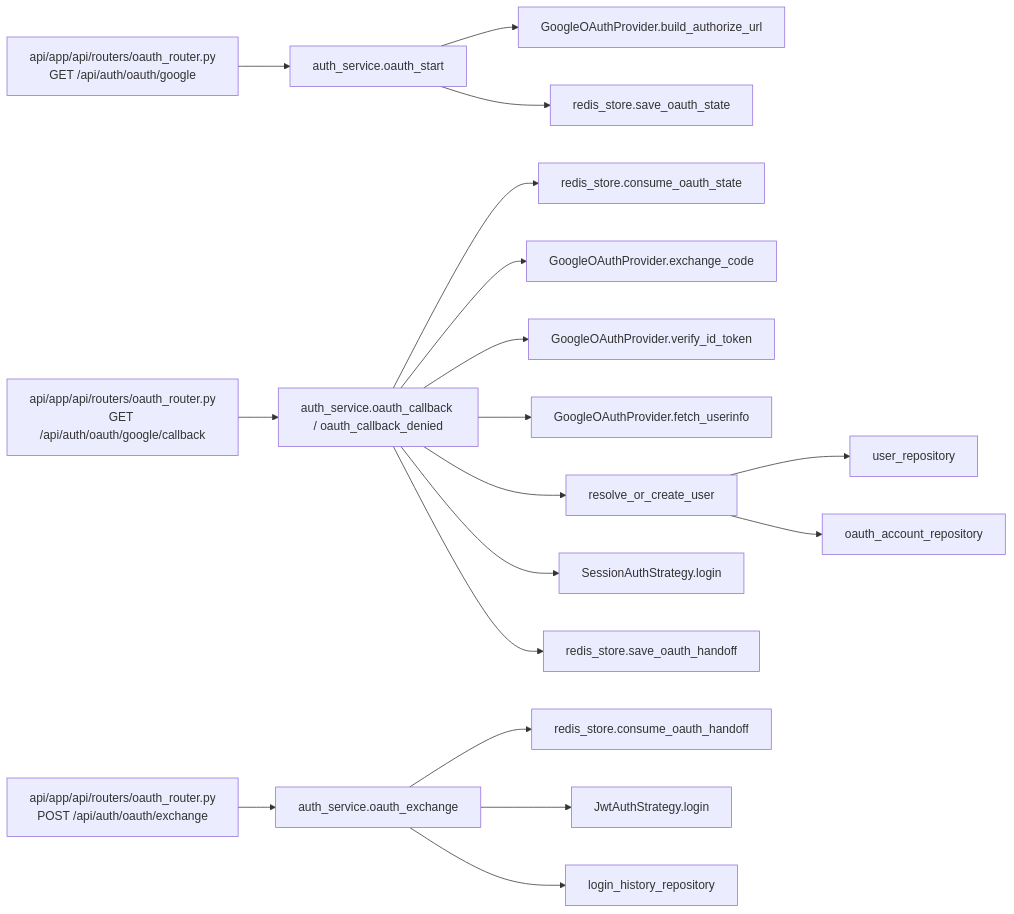
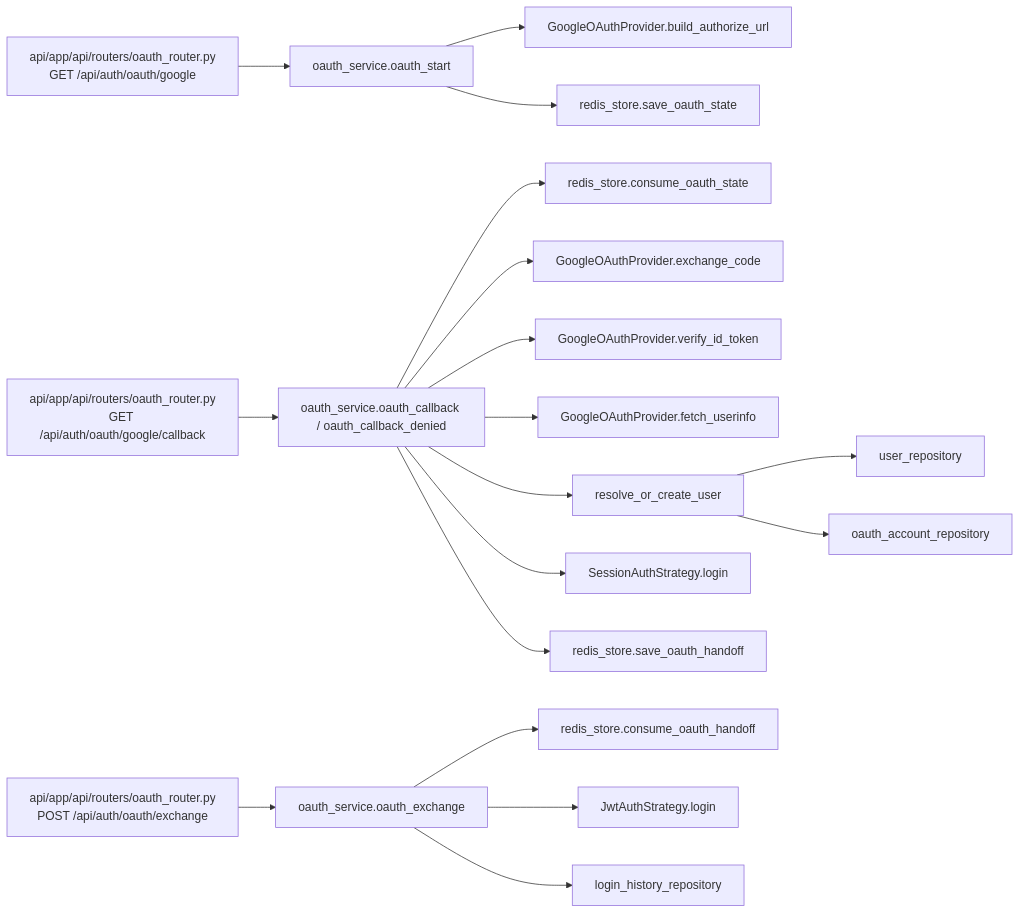
Before and after one commit to oikawa-d/task_management: the fifth of 5 diagrams in docs/detailed_design/auth/04_google_oauth.md, drawn with Mermaid. The commit also changed other lines of this file and 29 other files, not shown here.

````diff
--- a/docs/detailed_design/auth/04_google_oauth.md
+++ b/docs/detailed_design/auth/04_google_oauth.md
@@ -253,23 +253,23 @@
 ```mermaid
 flowchart LR
-    R11["api/app/api/routers/oauth_router.py<br/>GET /api/auth/oauth/google"] --> ASV["auth_service.oauth_start"]
-    R12["api/app/api/routers/oauth_router.py<br/>GET /api/auth/oauth/google/callback"] --> ACB["auth_service.oauth_callback / oauth_callback_denied"]
-    R13["api/app/api/routers/oauth_router.py<br/>POST /api/auth/oauth/exchange"] --> AEX["auth_service.oauth_exchange"]
+    R11["api/app/api/routers/oauth_router.py<br/>GET /api/auth/oauth/google"] --> ASV["oauth_service.oauth_start"]
+    R12["api/app/api/routers/oauth_router.py<br/>GET /api/auth/oauth/google/callback"] --> ACB["oauth_service.oauth_callback / oauth_callback_denied"]
+    R13["api/app/api/routers/oauth_router.py<br/>POST /api/auth/oauth/exchange"] --> AEX["oauth_service.oauth_exchange"]
 
     ASV --> OAUTH["GoogleOAuthProvider.build_authorize_url"]
     ASV --> RS1["redis_store.save_oauth_state"]
 
     ACB --> RS2["redis_store.consume_oauth_state"]
     ACB --> OAUTH2["GoogleOAuthProvider.exchange_code"]
     ACB --> OAUTH3["GoogleOAuthProvider.verify_id_token"]
     ACB --> OAUTH4["GoogleOAuthProvider.fetch_userinfo"]
     ACB --> RESOLVE["resolve_or_create_user"]
     ACB --> SESS["SessionAuthStrategy.login"]
     ACB --> RS3["redis_store.save_oauth_handoff"]
     RESOLVE --> URP["user_repository"]
     RESOLVE --> OAP["oauth_account_repository"]
 
     AEX --> RS4["redis_store.consume_oauth_handoff"]
     AEX --> JWTS["JwtAuthStrategy.login"]
     AEX --> LRP["login_history_repository"]
 ```
````
